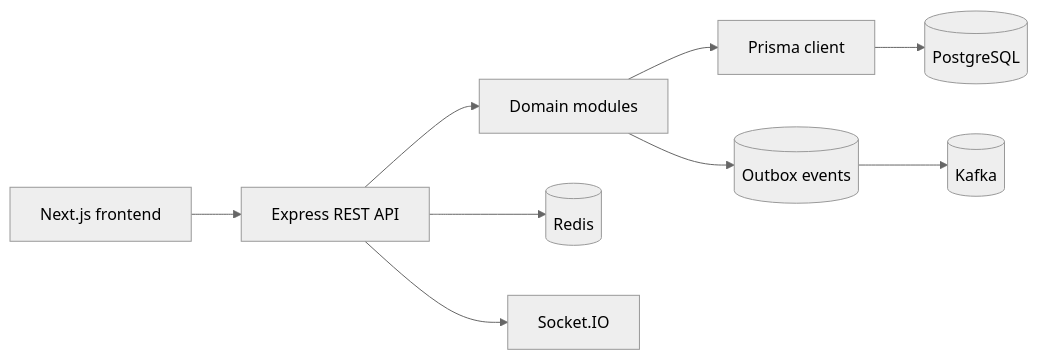
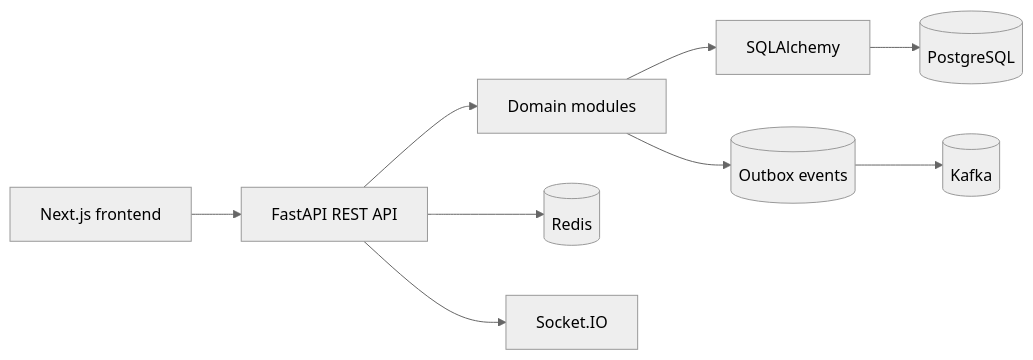
Before and after one commit to Ashish0555/ShopScale: the diagram in docs/architecture.md, drawn with Mermaid (neutral theme). The commit also changed other lines of this file and 146 other files, not shown here.

Commit message:
FastAPI backend primary

````diff
--- a/docs/architecture.md
+++ b/docs/architecture.md
@@ -5,11 +5,11 @@
 ```mermaid
 flowchart LR
-  Client[Next.js frontend] --> API[Express REST API]
+  Client[Next.js frontend] --> API[FastAPI REST API]
   API --> Modules[Domain modules]
-  Modules --> Prisma[Prisma client]
-  Prisma --> Postgres[(PostgreSQL)]
+  Modules --> SQLAlchemy[SQLAlchemy]
+  SQLAlchemy --> Postgres[(PostgreSQL)]
   API --> Redis[(Redis)]
   Modules --> Outbox[(Outbox events)]
   Outbox --> Kafka[(Kafka)]
   API --> Socket[Socket.IO]
 ```
````
